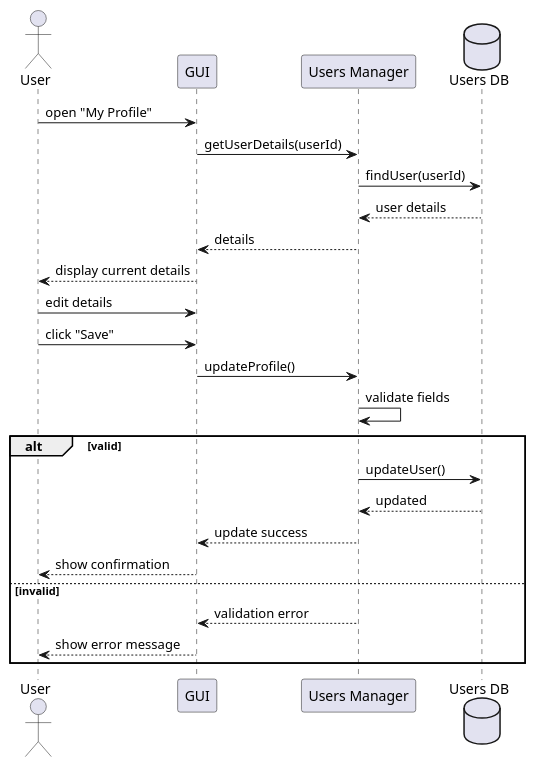
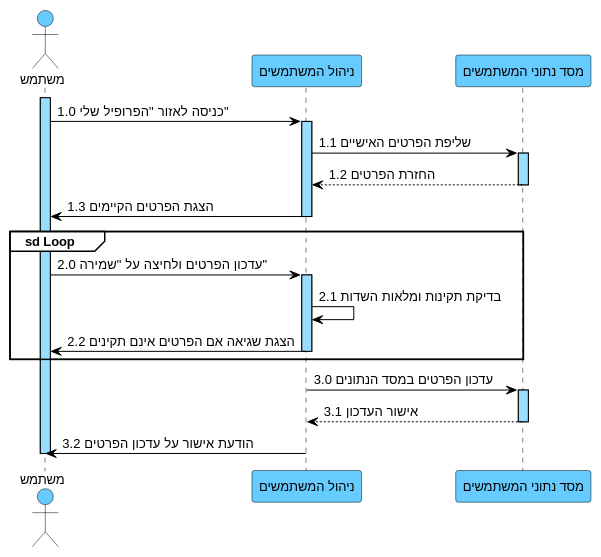
Before and after one commit to arielkaplan20/GOLDEN_HAIR_SALOAN: the diagram in docs/diagrams/puml/08-seq-suc08-פרופיל-אישי.puml, drawn with PlantUML. The commit also changed 26 other files, not shown here.

```diff
--- a/docs/diagrams/puml/08-seq-suc08-פרופיל-אישי.puml
+++ b/docs/diagrams/puml/08-seq-suc08-פרופיל-אישי.puml
@@ -1,26 +1,51 @@
 @startuml
-actor User
-participant GUI
-participant "Users Manager" as UM
-database "Users DB" as DB
+skinparam backgroundColor white
+skinparam defaultFontName Arial
+skinparam defaultFontSize 13
+skinparam sequence {
+ArrowColor black
+ArrowFontColor black
+ActorBorderColor black
+ActorBackgroundColor #66CCFF
+LifeLineBorderColor black
+LifeLineBackgroundColor #99DDFF
+ParticipantBorderColor black
+ParticipantBackgroundColor #66CCFF
+ParticipantFontColor black
+ParticipantFontSize 13
+GroupBorderColor black
+GroupBackgroundColor white
+GroupHeaderFontColor black
+}
 
-User -> GUI : open "My Profile"
-GUI -> UM : getUserDetails(userId)
-UM -> DB : findUser(userId)
-DB --> UM : user details
-UM --> GUI : details
-GUI --> User : display current details
-User -> GUI : edit details
-User -> GUI : click "Save"
-GUI -> UM : updateProfile()
-UM -> UM : validate fields
-alt valid
-UM -> DB : updateUser()
-DB --> UM : updated
-UM --> GUI : update success
-GUI --> User : show confirmation
-else invalid
-UM --> GUI : validation error
-GUI --> User : show error message
+actor "משתמש" as U
+participant "ניהול המשתמשים" as UM
+participant "מסד נתוני המשתמשים" as DB
+
+activate U
+U -> UM : 1.0 כניסה לאזור "הפרופיל שלי"
+activate UM
+UM -> DB : 1.1 שליפת הפרטים האישיים
+activate DB
+DB --> UM : 1.2 החזרת הפרטים
+deactivate DB
+UM -> U : 1.3 הצגת הפרטים הקיימים
+deactivate UM
+
+group sd Loop
+U -> UM : 2.0 עדכון הפרטים ולחיצה על "שמירה"
+activate UM
+UM -> UM : 2.1 בדיקת תקינות ומלאות השדות
+UM -> U : 2.2 הצגת שגיאה אם הפרטים אינם תקינים
+deactivate UM
 end
+
+activate UM
+UM -> DB : 3.0 עדכון הפרטים במסד הנתונים
+activate DB
+DB --> UM : 3.1 אישור העדכון
+deactivate DB
+UM -> U : 3.2 הודעת אישור על עדכון הפרטים
+deactivate UM
+deactivate U
 @enduml
```
